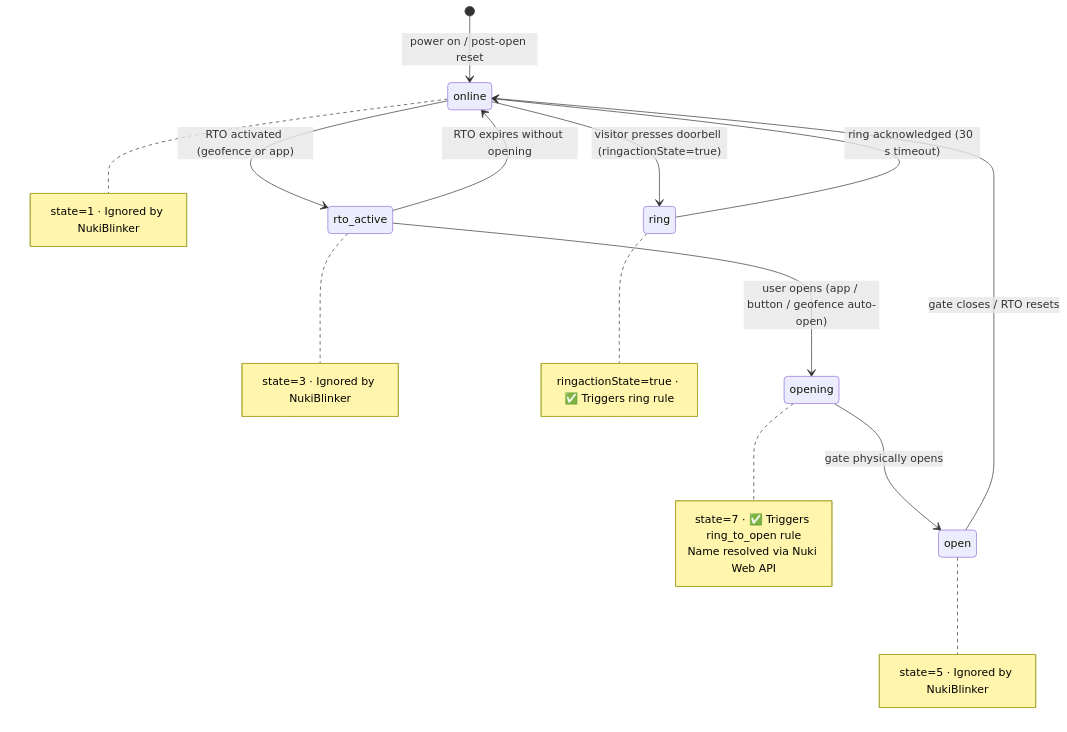
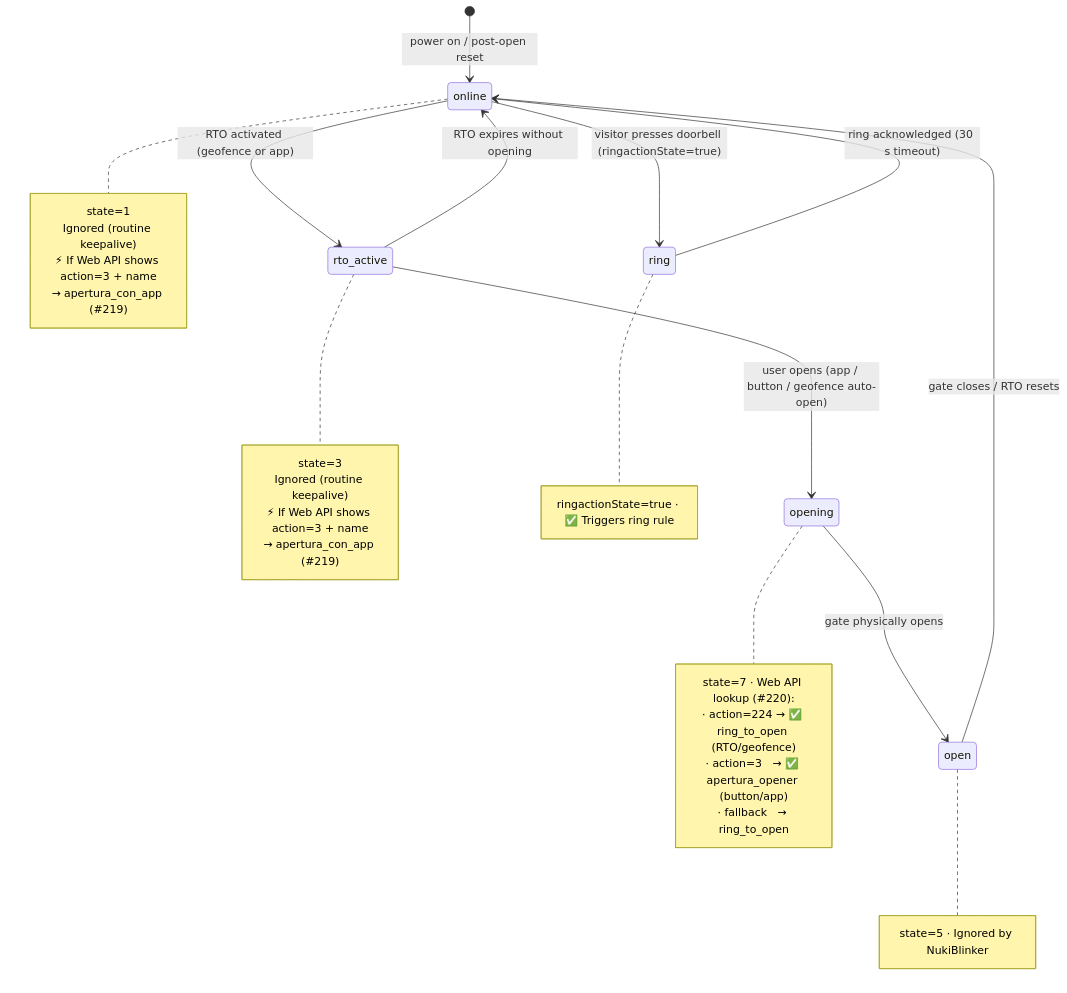
Before and after one commit to nicdobler/NukiBlinker: the first of 2 diagrams in specs/product-spec.md, drawn with Mermaid. The commit also changed other lines of this file and 3 other files, not shown here.

Commit message:
fix: nuki_web_response missing in apertura_opener log; stale retry in classify_app_open_with_web; docs: mermaid event logic diagrams (#239)

````diff
--- a/specs/product-spec.md
+++ b/specs/product-spec.md
@@ -74,29 +76,37 @@
 ```mermaid
 stateDiagram-v2
     [*] --> online : power on / post-open reset
     online --> rto_active : RTO activated (geofence or app)
     rto_active --> opening : user opens (app / button / geofence auto-open)
     rto_active --> online : RTO expires without opening
     opening --> open : gate physically opens
     open --> online : gate closes / RTO resets
 
     note right of online
-        state=1 · Ignored by NukiBlinker
+        state=1
+        Ignored (routine keepalive)
+        ⚡ If Web API shows action=3 + name
+        → apertura_con_app (#219)
     end note
     note right of rto_active
-        state=3 · Ignored by NukiBlinker
+        state=3
+        Ignored (routine keepalive)
+        ⚡ If Web API shows action=3 + name
+        → apertura_con_app (#219)
     end note
     note right of opening
-        state=7 · ✅ Triggers ring_to_open rule
-        Name resolved via Nuki Web API
+        state=7 · Web API lookup (#220):
+        · action=224 → ✅ ring_to_open (RTO/geofence)
+        · action=3   → ✅ apertura_opener (button/app)
+        · fallback   → ring_to_open
     end note
     note right of open
         state=5 · Ignored by NukiBlinker
     end note
 
     online --> ring : visitor presses doorbell (ringactionState=true)
     ring --> online : ring acknowledged (30 s timeout)
     note right of ring
         ringactionState=true · ✅ Triggers ring rule
     end note
 ```
````
